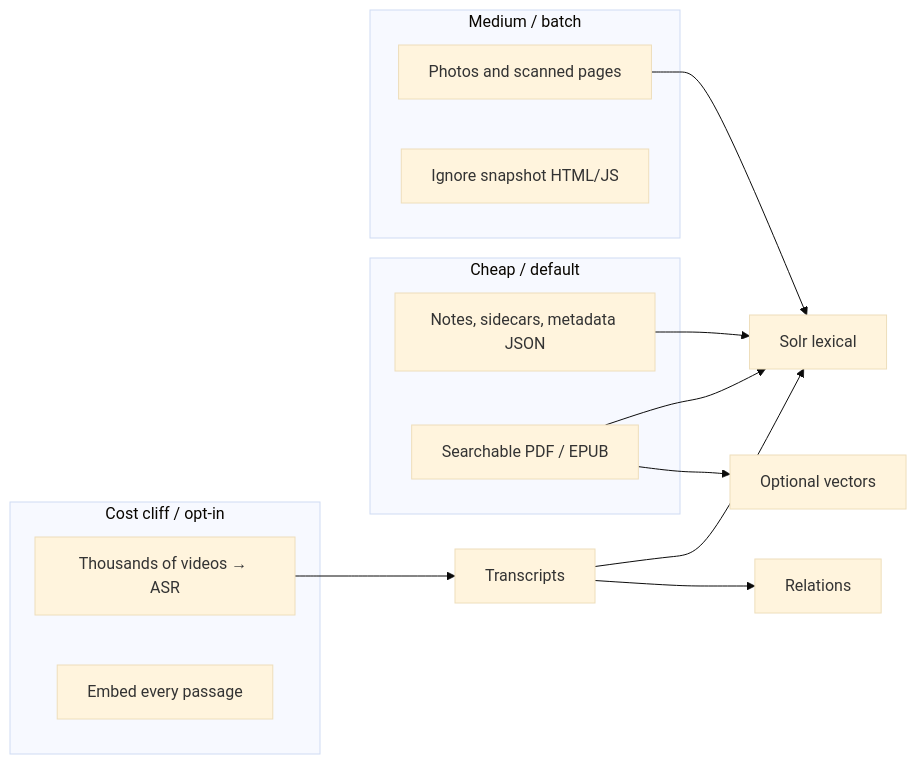
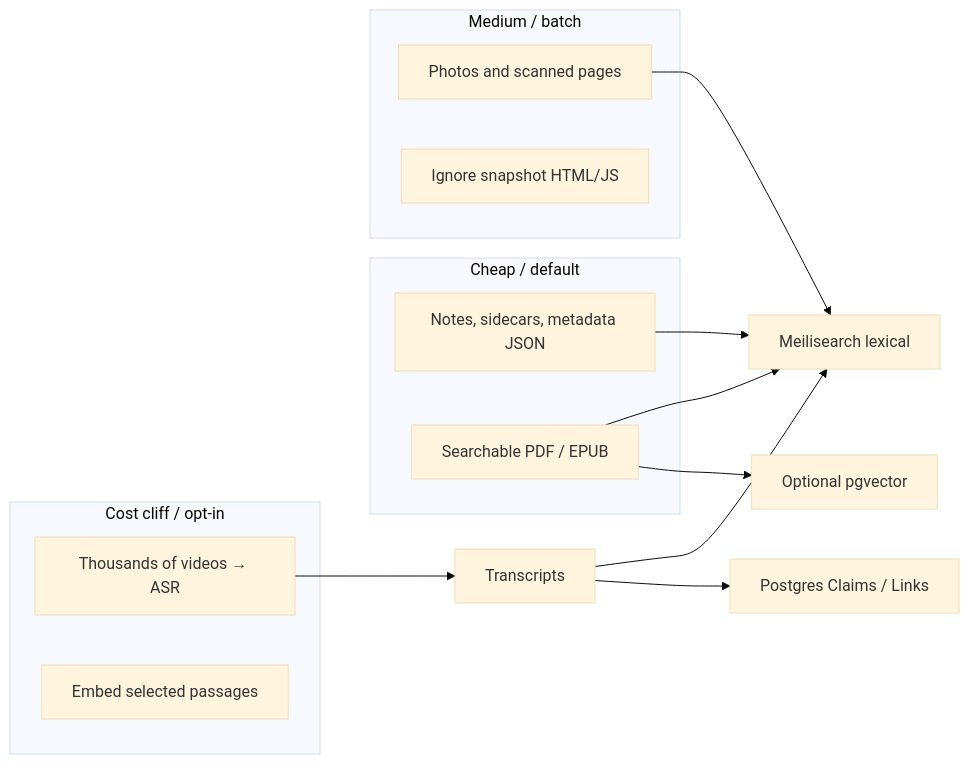
The fifth of 8 diagrams in data/ideas/2026/08/17-local-dev-stack-architecture.md (Paulmicha/projet-complexe-asc), drawn with Mermaid (base theme) before and after one commit. The commit also changed other lines of this file and 322 other files, not shown here.

````diff
--- a/data/ideas/2026/08/17-local-dev-stack-architecture.md
+++ b/data/ideas/2026/08/17-local-dev-stack-architecture.md
@@ -221,25 +266,25 @@
 ```mermaid
 flowchart LR
   subgraph cheap["Cheap / default"]
     MD["Notes, sidecars, metadata JSON"]
     PDF["Searchable PDF / EPUB"]
   end
 
   subgraph mid["Medium / batch"]
     OCR["Photos and scanned pages"]
     SNAP["Ignore snapshot HTML/JS"]
   end
 
   subgraph cliff["Cost cliff / opt-in"]
     VID["Thousands of videos → ASR"]
-    EMB["Embed every passage"]
+    EMB["Embed selected passages"]
   end
 
-  MD --> SOLR["Solr lexical"]
-  PDF --> SOLR
-  PDF --> VEC["Optional vectors"]
-  OCR --> SOLR
+  MD --> MEILI["Meilisearch lexical"]
+  PDF --> MEILI
+  PDF --> VEC["Optional pgvector"]
+  OCR --> MEILI
   VID --> TXT["Transcripts"]
-  TXT --> SOLR
-  TXT --> GRAPH["Relations"]
+  TXT --> MEILI
+  TXT --> PG["Postgres Claims / Links"]
 ```
````
